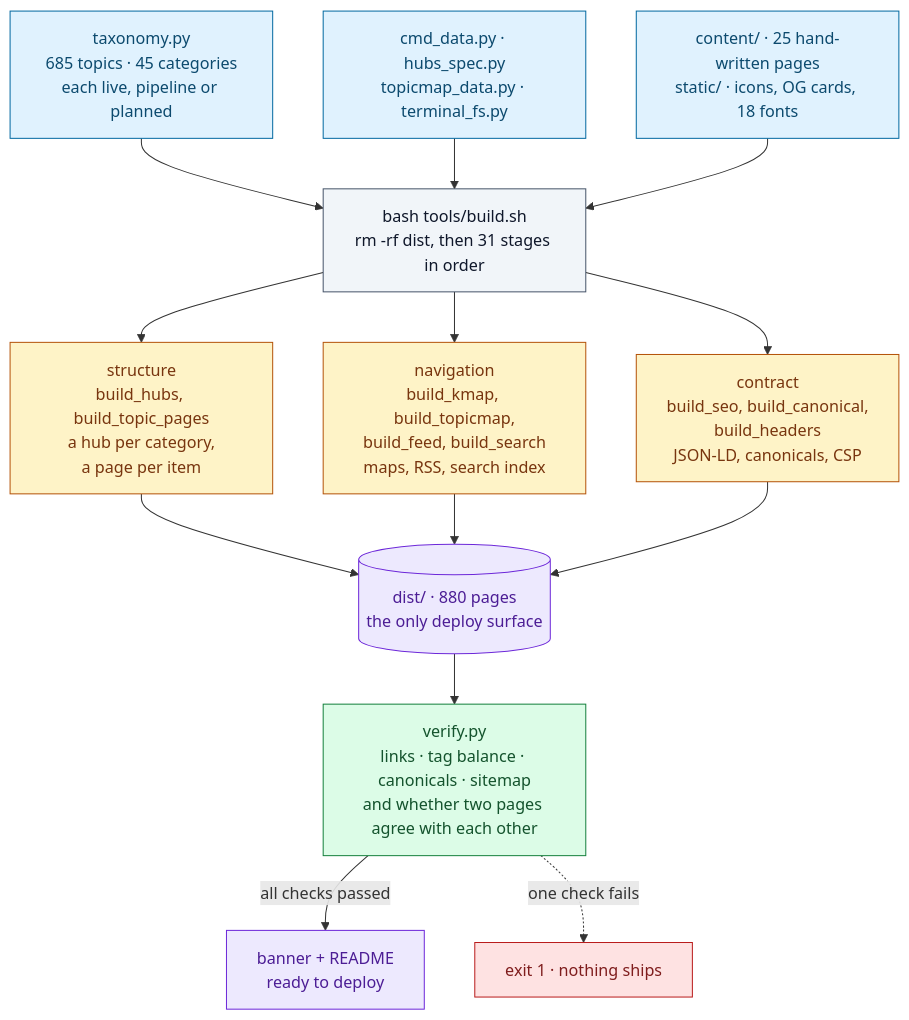
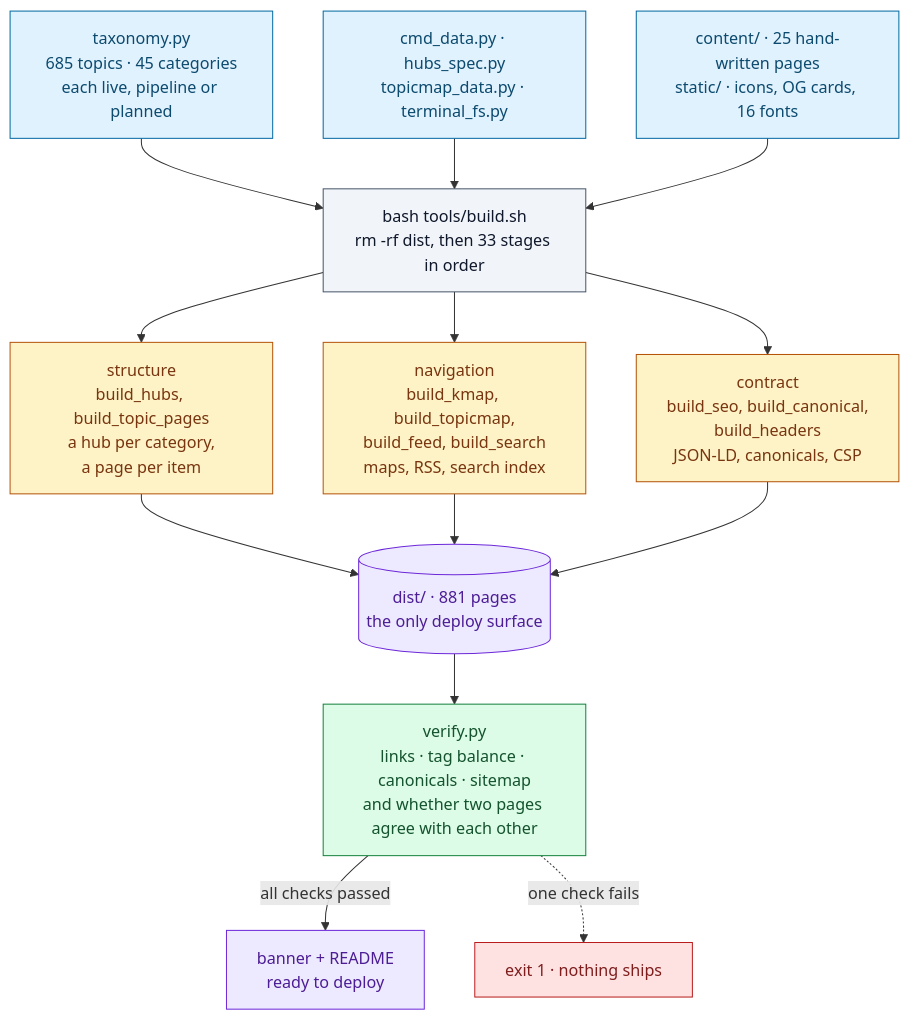
The first of 3 diagrams in README.md (Vishal-Abhinav/Platform-ops-Newsletter), drawn with Mermaid before and after one commit. The commit also changed other lines of this file and 15 other files, not shown here.

Commit message:
Improve homepage layout and add dedicated content pages

````diff
--- a/README.md
+++ b/README.md
@@ -95,43 +95,43 @@
 ```mermaid
 flowchart TB
   TAX["taxonomy.py<br/>685 topics · 45 categories<br/>each live, pipeline or planned"]
   DAT["cmd_data.py · hubs_spec.py<br/>topicmap_data.py · terminal_fs.py"]
-  HAND["content/ · 25 hand-written pages<br/>static/ · icons, OG cards, 18 fonts"]
+  HAND["content/ · 25 hand-written pages<br/>static/ · icons, OG cards, 16 fonts"]
 
-  SH["bash tools/build.sh<br/>rm -rf dist, then 31 stages in order"]
+  SH["bash tools/build.sh<br/>rm -rf dist, then 33 stages in order"]
 
   G1["structure<br/>build_hubs, build_topic_pages<br/>a hub per category,<br/>a page per item"]
   G2["navigation<br/>build_kmap, build_topicmap,<br/>build_feed, build_search<br/>maps, RSS, search index"]
   G3["contract<br/>build_seo, build_canonical,<br/>build_headers<br/>JSON-LD, canonicals, CSP"]
 
-  DIST[("dist/ · 880 pages<br/>the only deploy surface")]
+  DIST[("dist/ · 881 pages<br/>the only deploy surface")]
   VER["verify.py<br/>links · tag balance · canonicals · sitemap<br/>and whether two pages agree with each other"]
   OK["banner + README<br/>ready to deploy"]
   STOP["exit 1 · nothing ships"]
 
   TAX --> SH
   DAT --> SH
   HAND --> SH
   SH --> G1
   SH --> G2
   SH --> G3
   G1 --> DIST
   G2 --> DIST
   G3 --> DIST
   DIST --> VER
   VER -->|all checks passed| OK
   VER -.->|one check fails| STOP
 
   classDef src fill:#e0f2fe,stroke:#0369a1,color:#0c4a6e
   classDef sh fill:#f1f5f9,stroke:#475569,color:#0f172a
   classDef gen fill:#fef3c7,stroke:#b45309,color:#78350f
   classDef gate fill:#dcfce7,stroke:#15803d,color:#14532d
   classDef out fill:#ede9fe,stroke:#6d28d9,color:#4c1d95
   classDef bad fill:#fee2e2,stroke:#b91c1c,color:#7f1d1d
   class TAX,DAT,HAND src
   class SH sh
   class G1,G2,G3 gen
   class VER gate
   class DIST,OK out
   class STOP bad
 ```
````
